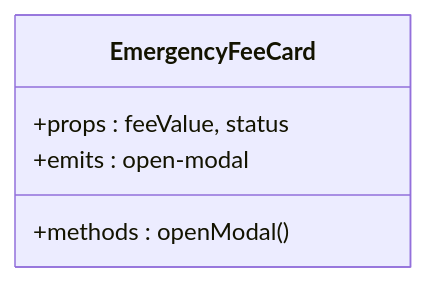
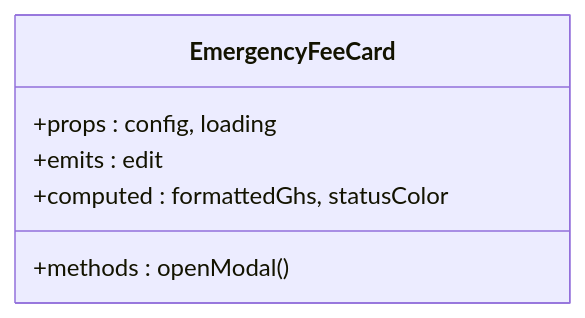
The third of 7 diagrams in .qoder/repowiki/en/content/Business Modules/Emergency Fee Management.md (Lazynerd-Studios/lacarte-atlas-console), drawn with Mermaid before and after one commit. The commit also changed other lines of this file and 3 other files, not shown here.

````diff
--- a/.qoder/repowiki/en/content/Business Modules/Emergency Fee Management.md
+++ b/.qoder/repowiki/en/content/Business Modules/Emergency Fee Management.md
@@ -115,8 +140,9 @@
 ```mermaid
 classDiagram
 class EmergencyFeeCard {
-+props : feeValue, status
-+emits : open-modal
++props : config, loading
++emits : edit
 +methods : openModal()
++computed : formattedGhs, statusColor
 }
 ```
````
